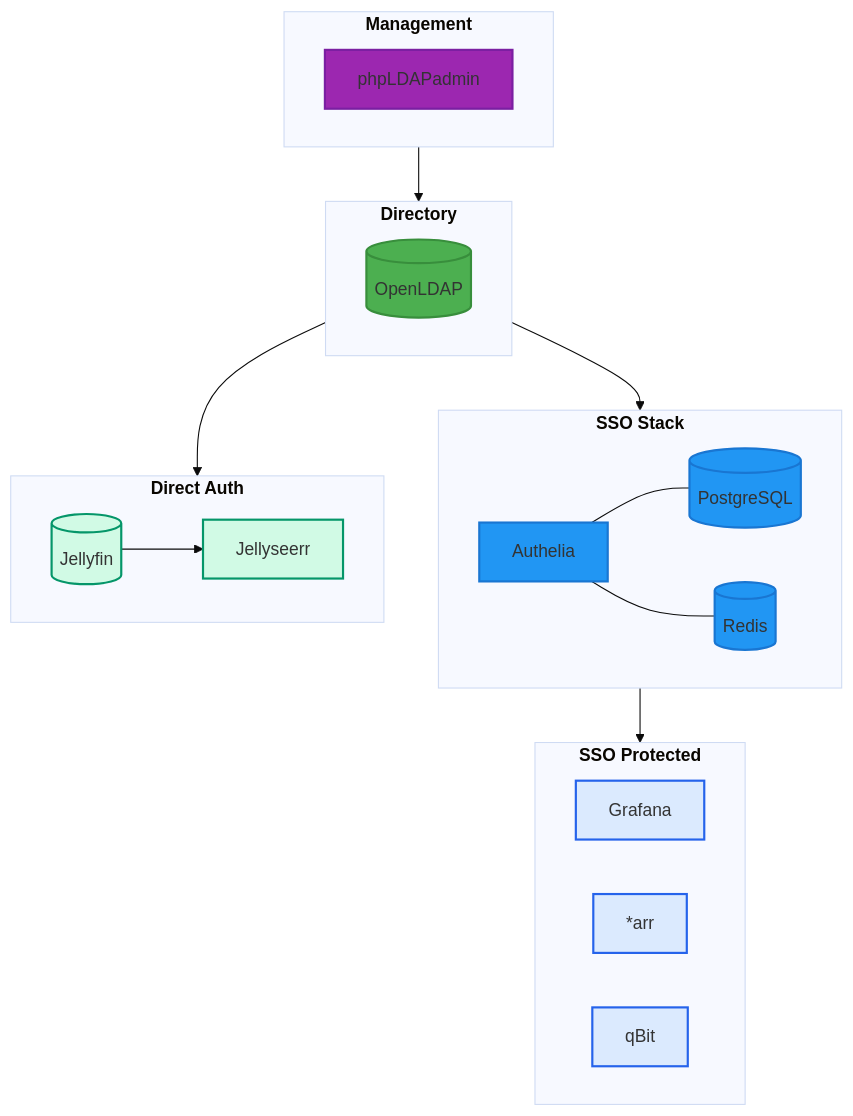
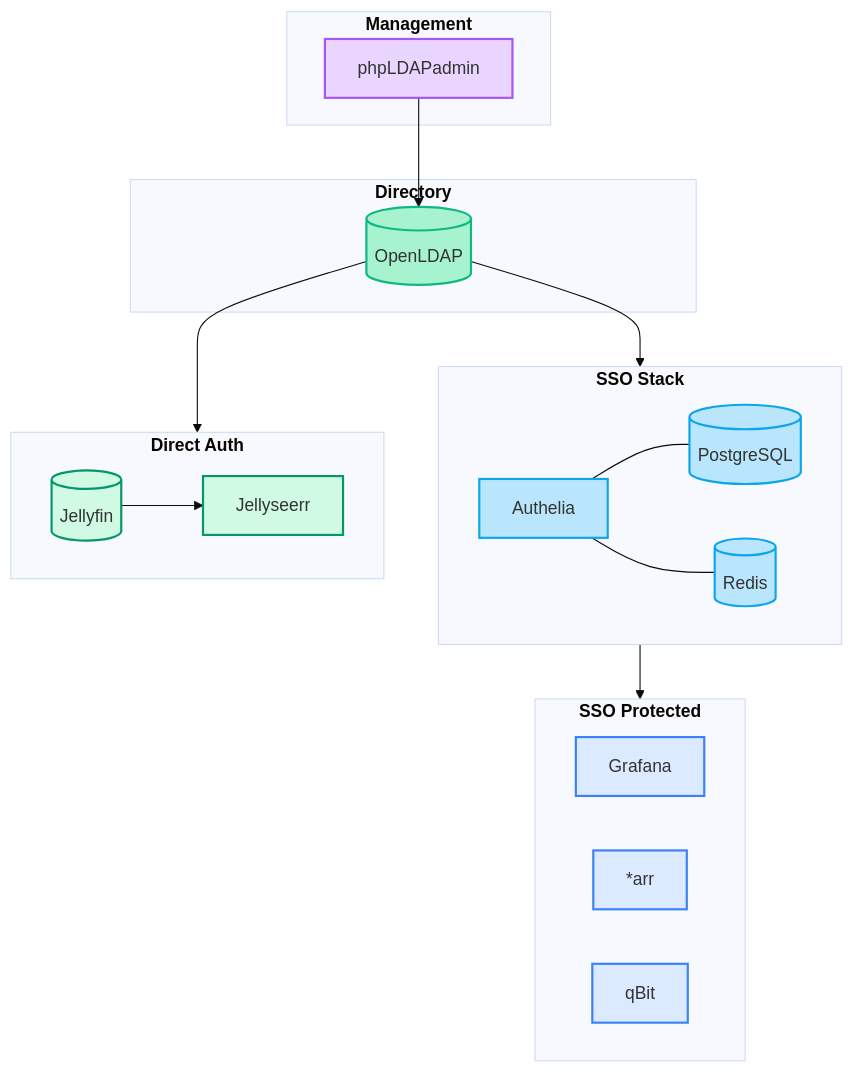
Before and after one commit to Mykyta-Home-Server/homeserver: the first of 4 diagrams in docs-site/src/content/docs/guides/ldap.mdx, drawn with Mermaid (base theme). The commit also changed other lines of this file and 2 other files, not shown here.

First line of the commit message:
Fix Mermaid diagrams: broken shapes and consistent color palette

````diff
--- a/docs-site/src/content/docs/guides/ldap.mdx
+++ b/docs-site/src/content/docs/guides/ldap.mdx
@@ -12,50 +12,48 @@
 ```mermaid
 flowchart TB
     subgraph mgmt["`**Management**`"]
-        direction LR
         phpLDAP@{ shape: rect, label: "phpLDAPadmin" }
     end
 
     subgraph ldap["`**Directory**`"]
-        direction LR
         LDAP@{ shape: cyl, label: "OpenLDAP" }
     end
 
     subgraph sso["`**SSO Stack**`"]
         direction LR
         Authelia@{ shape: rect, label: "Authelia" }
         PG@{ shape: cyl, label: "PostgreSQL" }
         Redis@{ shape: cyl, label: "Redis" }
     end
 
     subgraph direct["`**Direct Auth**`"]
         direction LR
         Jellyfin@{ shape: cyl, label: "Jellyfin" }
         Jellyseerr@{ shape: rect, label: "Jellyseerr" }
     end
 
     subgraph protected["`**SSO Protected**`"]
         direction LR
         Grafana@{ shape: rect, label: "Grafana" }
         Arr@{ shape: rect, label: "*arr" }
         qBit@{ shape: rect, label: "qBit" }
     end
 
     phpLDAP --> LDAP
     LDAP --> Authelia & Jellyfin
     Authelia --- PG & Redis
     Jellyfin --> Jellyseerr
     Authelia --> protected
 
-    classDef mgmtStyle fill:#9c27b0,stroke:#7b1fa2,stroke-width:2px
-    classDef ldapStyle fill:#4caf50,stroke:#388e3c,stroke-width:2px
-    classDef ssoStyle fill:#2196f3,stroke:#1976d2,stroke-width:2px
+    classDef mgmtStyle fill:#e9d5ff,stroke:#a855f7,stroke-width:2px
+    classDef ldapStyle fill:#a7f3d0,stroke:#10b981,stroke-width:2px
+    classDef ssoStyle fill:#bae6fd,stroke:#0ea5e9,stroke-width:2px
     classDef directStyle fill:#d1fae5,stroke:#059669,stroke-width:2px
-    classDef protectedStyle fill:#dbeafe,stroke:#2563eb,stroke-width:2px
+    classDef protectedStyle fill:#dbeafe,stroke:#3b82f6,stroke-width:2px
 
     class phpLDAP mgmtStyle
     class LDAP ldapStyle
     class Authelia,PG,Redis ssoStyle
     class Jellyfin,Jellyseerr directStyle
     class Grafana,Arr,qBit protectedStyle
 ```
````
